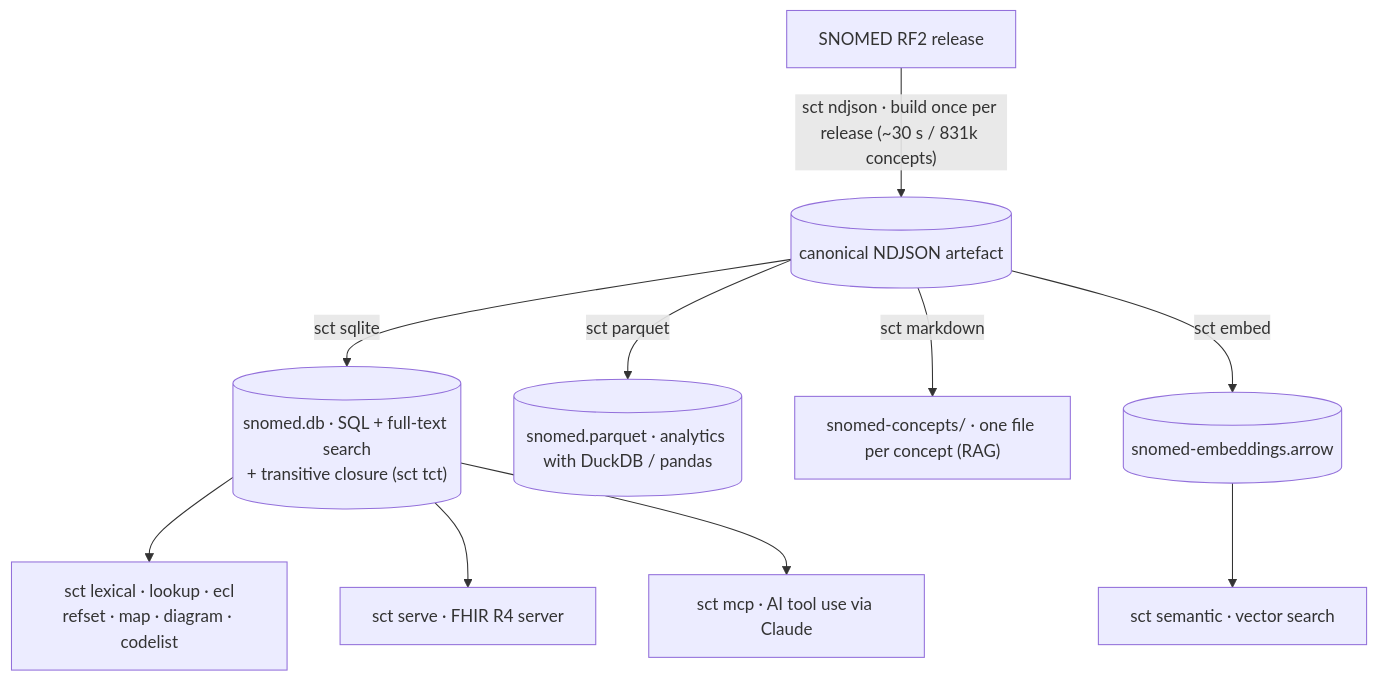
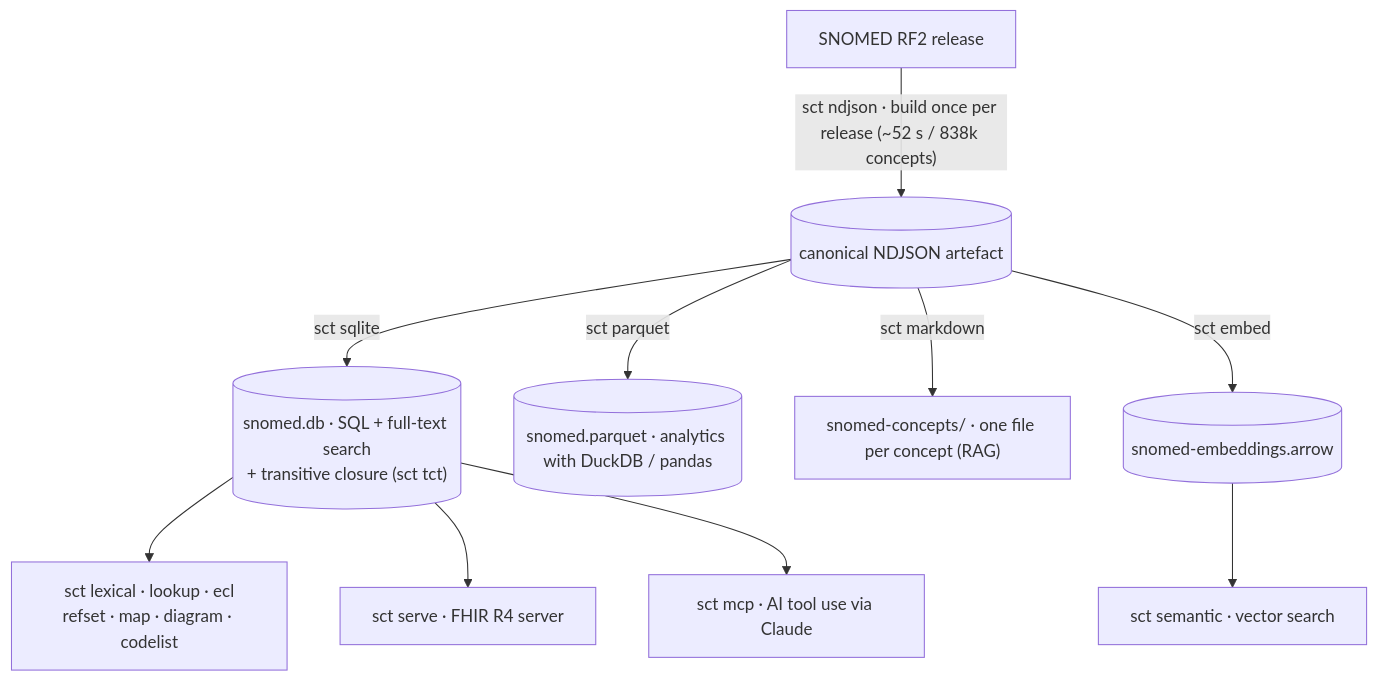
The diagram in docs/walkthrough/index.md (devachnid/sct), drawn with Mermaid before and after one commit. The commit also changed 43 other files, not shown here.

````diff
--- a/docs/walkthrough/index.md
+++ b/docs/walkthrough/index.md
@@ -24,14 +24,14 @@
 ```mermaid
 flowchart TD
-    RF2["SNOMED RF2 release"] -->|"sct ndjson · build once per release (~30 s / 831k concepts)"| N[("canonical NDJSON artefact")]
+    RF2["SNOMED RF2 release"] -->|"sct ndjson · build once per release (~52 s / 838k concepts)"| N[("canonical NDJSON artefact")]
 
     N -->|"sct sqlite"| DB[("snomed.db · SQL + full-text search<br/>+ transitive closure (sct tct)")]
     N -->|"sct parquet"| PQ[("snomed.parquet · analytics with DuckDB / pandas")]
     N -->|"sct markdown"| MD["snomed-concepts/ · one file per concept (RAG)"]
     N -->|"sct embed"| AR[("snomed-embeddings.arrow")]
 
     DB --> QUERY["sct lexical · lookup · ecl<br/>refset · map · diagram · codelist"]
     DB --> SERVE["sct serve · FHIR R4 server"]
     DB --> MCP["sct mcp · AI tool use via Claude"]
     AR --> SEM["sct semantic · vector search"]
 ```
````
